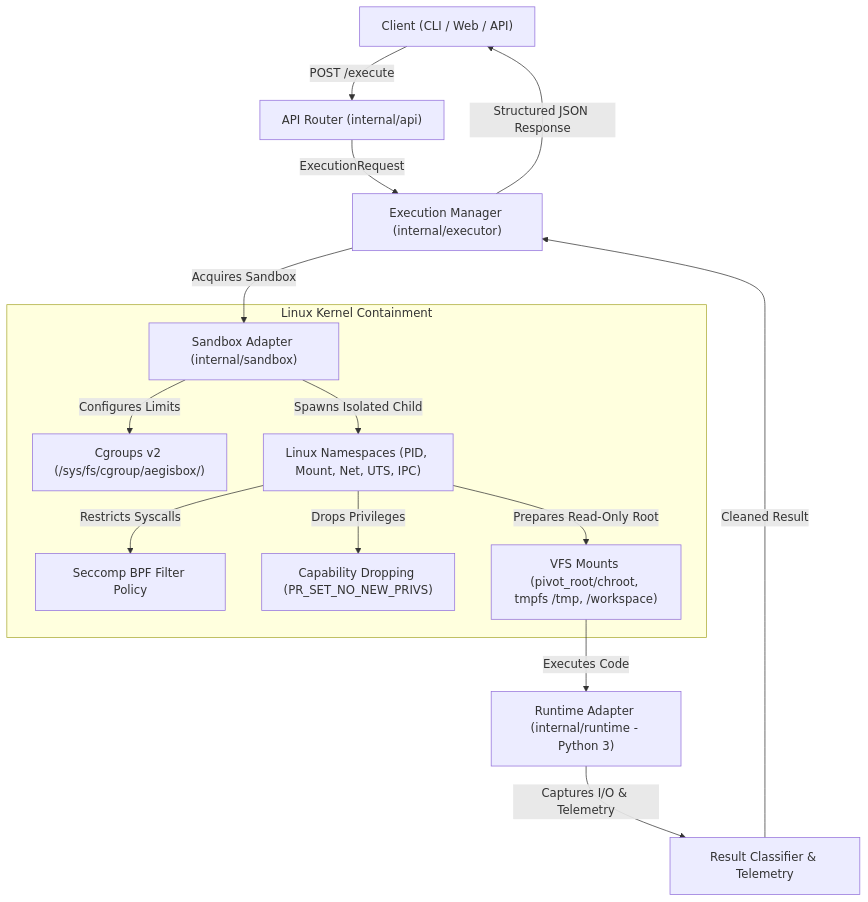
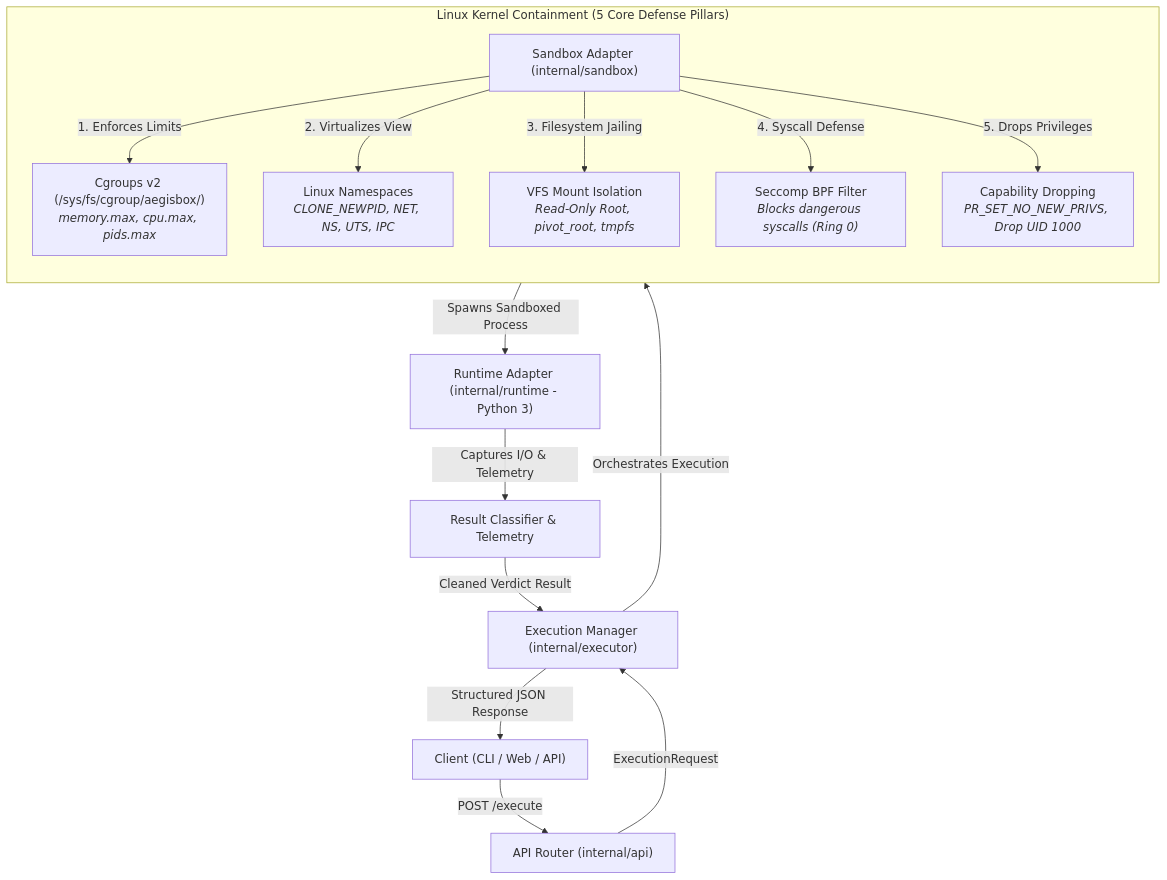
The diagram in README.md (fendyramadhani9-cloud/aegisbox), drawn with Mermaid before and after one commit.

Commit message:
docs: refine architecture Mermaid diagram to show 5 parallel kernel containment pillars

````diff
--- a/README.md
+++ b/README.md
@@ -36,19 +36,20 @@
 ```mermaid
 graph TD
     Client["Client (CLI / Web / API)"] -->|POST /execute| Router["API Router (internal/api)"]
     Router -->|ExecutionRequest| ExecMgr["Execution Manager (internal/executor)"]
-    ExecMgr -->|Acquires Sandbox| SbxAdapter["Sandbox Adapter (internal/sandbox)"]
+    ExecMgr -->|Orchestrates Execution| SbxAdapter["Sandbox Adapter (internal/sandbox)"]
     
-    subgraph Linux Kernel Containment
-        SbxAdapter -->|Configures Limits| CG["Cgroups v2 (/sys/fs/cgroup/aegisbox/<id>)"]
-        SbxAdapter -->|Spawns Isolated Child| NS["Linux Namespaces (PID, Mount, Net, UTS, IPC)"]
-        NS -->|Restricts Syscalls| SC["Seccomp BPF Filter Policy"]
-        NS -->|Drops Privileges| CAP["Capability Dropping (PR_SET_NO_NEW_PRIVS)"]
-        NS -->|Prepares Read-Only Root| VFS["VFS Mounts (pivot_root/chroot, tmpfs /tmp, /workspace)"]
+    subgraph LKC["Linux Kernel Containment (5 Core Defense Pillars)"]
+        direction TB
+        SbxAdapter -->|1. Enforces Limits| CG["Cgroups v2 (/sys/fs/cgroup/aegisbox/<id>)<br/><i>memory.max, cpu.max, pids.max</i>"]
+        SbxAdapter -->|2. Virtualizes View| NS["Linux Namespaces<br/><i>CLONE_NEWPID, NET, NS, UTS, IPC</i>"]
+        SbxAdapter -->|3. Filesystem Jailing| VFS["VFS Mount Isolation<br/><i>Read-Only Root, pivot_root, tmpfs</i>"]
+        SbxAdapter -->|4. Syscall Defense| SC["Seccomp BPF Filter<br/><i>Blocks dangerous syscalls (Ring 0)</i>"]
+        SbxAdapter -->|5. Drops Privileges| CAP["Capability Dropping<br/><i>PR_SET_NO_NEW_PRIVS, Drop UID 1000</i>"]
     end
     
-    VFS -->|Executes Code| Runtime["Runtime Adapter (internal/runtime - Python 3)"]
+    LKC -->|Spawns Sandboxed Process| Runtime["Runtime Adapter (internal/runtime - Python 3)"]
     Runtime -->|Captures I/O & Telemetry| Collector["Result Classifier & Telemetry"]
-    Collector -->|Cleaned Result| ExecMgr
+    Collector -->|Cleaned Verdict Result| ExecMgr
     ExecMgr -->|Structured JSON Response| Client
 ```
````
